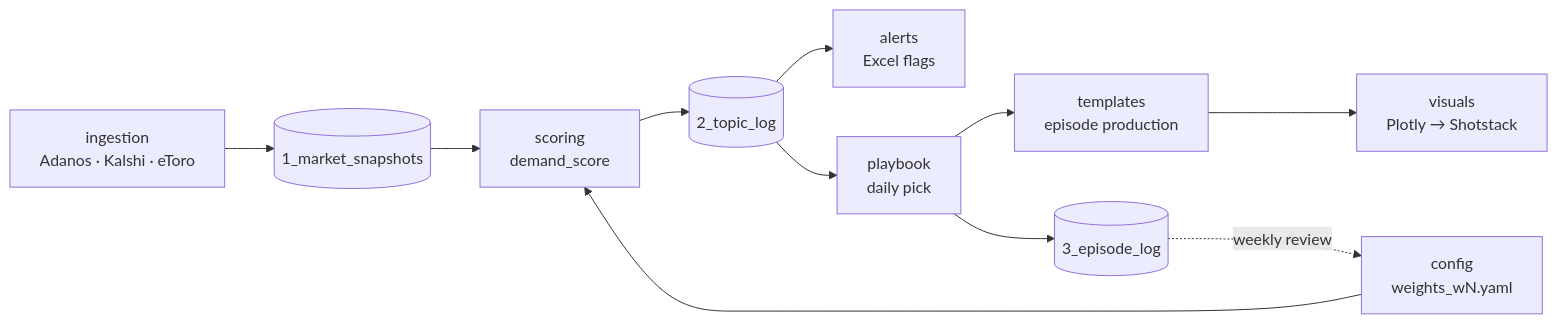
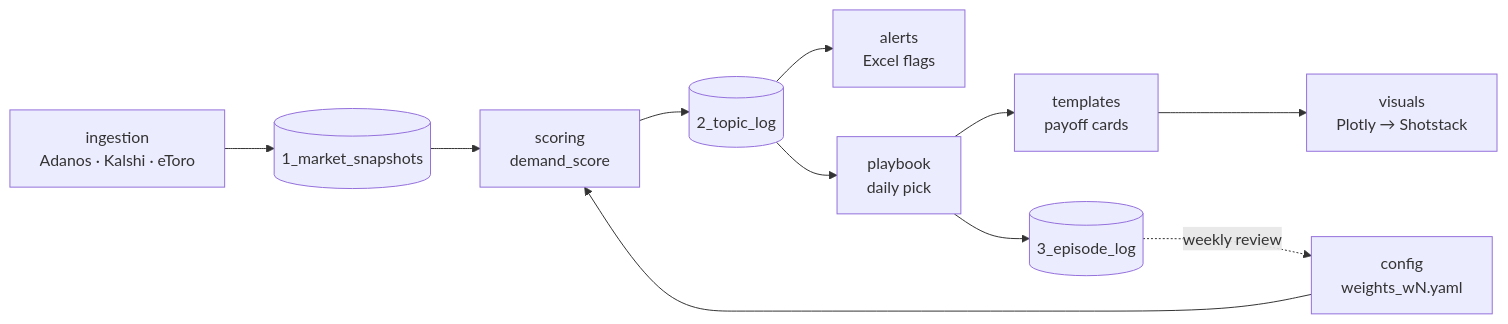
The diagram in README.md (sock-wy/Metrixx-TopicLOG), drawn with Mermaid before and after one commit. The commit also changed other lines of this file and 11 other files, not shown here.

````diff
--- a/README.md
+++ b/README.md
@@ -11,13 +11,13 @@
 ```mermaid
 flowchart LR
     A[ingestion<br/>Adanos · Kalshi · eToro] --> B[(1_market_snapshots)]
     B --> C[scoring<br/>demand_score]
     K[config<br/>weights_wN.yaml] --> C
     C --> D[(2_topic_log)]
     D --> E[alerts<br/>Excel flags]
     D --> F[playbook<br/>daily pick]
-    F --> G[templates<br/>episode production]
+    F --> G[templates<br/>payoff cards]
     G --> H[visuals<br/>Plotly → Shotstack]
     F --> I[(3_episode_log)]
     I -. weekly review .-> K
 ```
````
